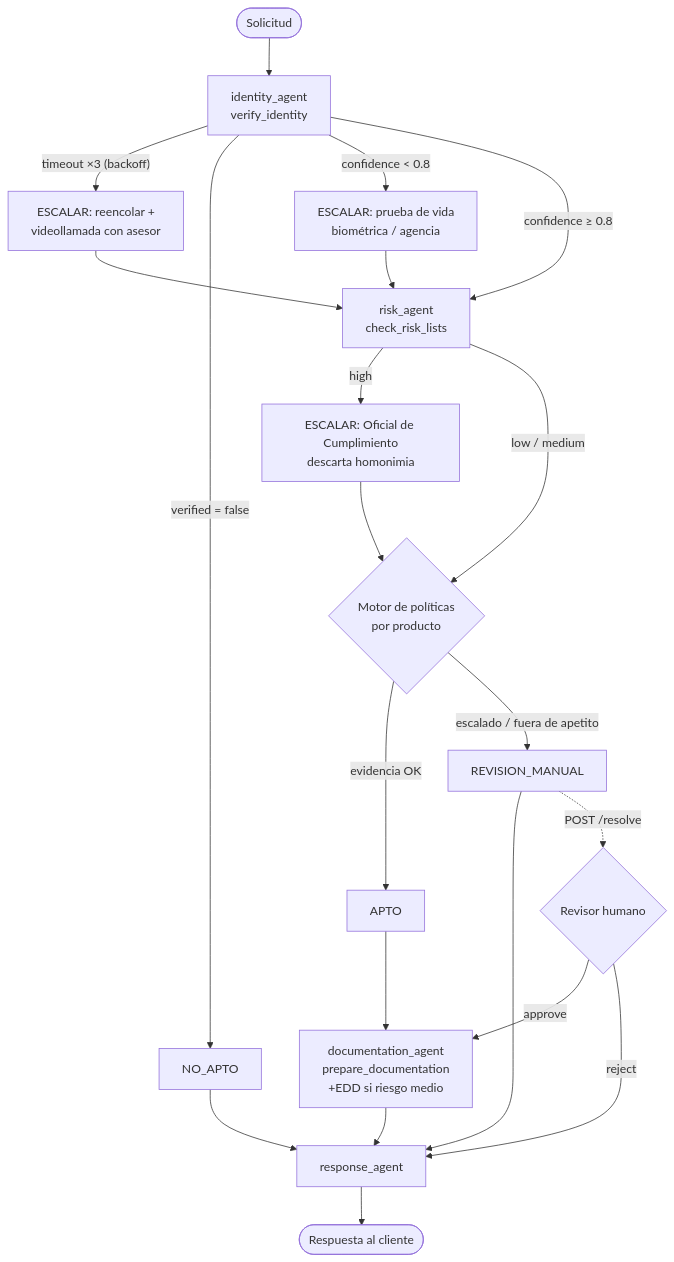
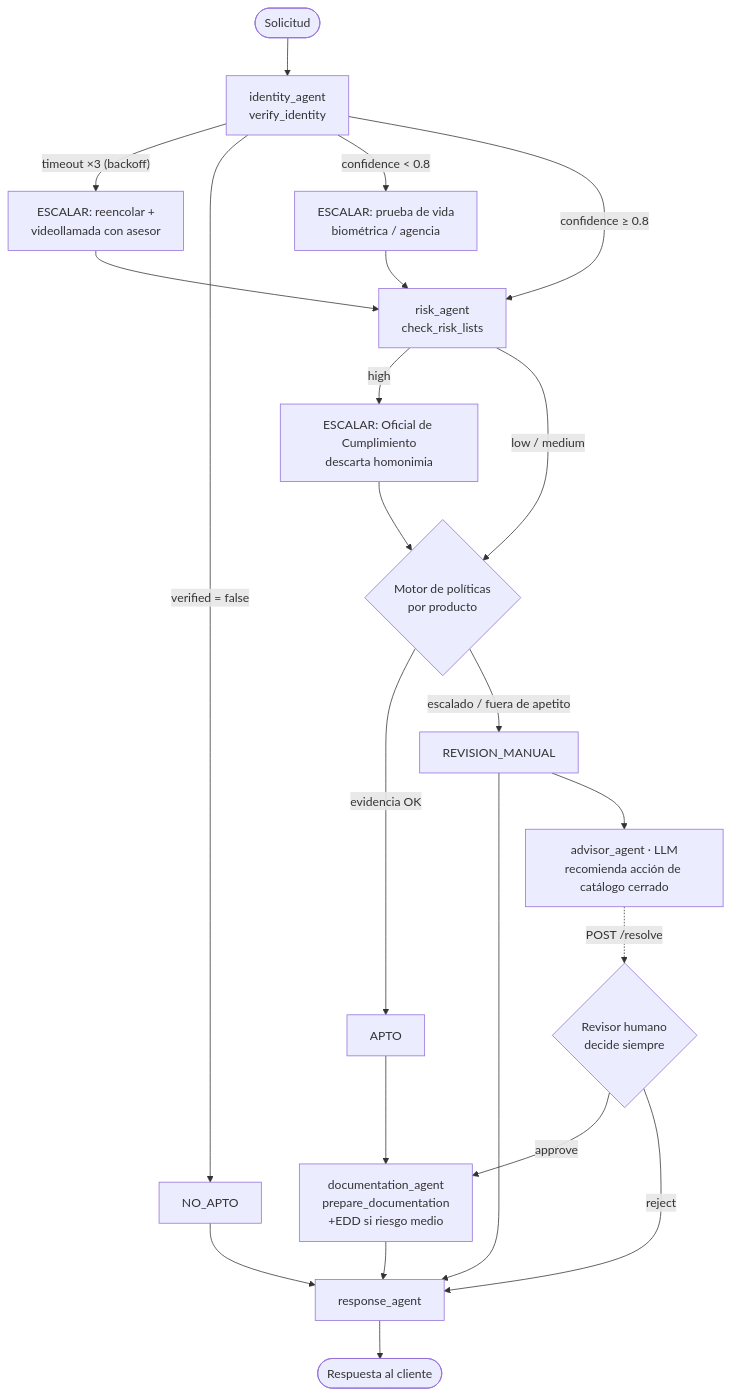
One commit to IGRA27/banco-pichincha changed the third of 5 diagrams in docs/ARCHITECTURE.md. Above: the diagram before and after it, drawn with Mermaid. The commit also changed other lines of this file and 18 other files, not shown here.

````diff
--- a/docs/ARCHITECTURE.md
+++ b/docs/ARCHITECTURE.md
@@ -70,23 +73,24 @@
 ```mermaid
 flowchart TD
     S([Solicitud]) --> V[identity_agent<br/>verify_identity]
     V -->|"timeout ×3 (backoff)"| E1["ESCALAR: reencolar +<br/>videollamada con asesor"]
     V -->|verified = false| NO[NO_APTO]
     V -->|confidence < 0.8| E2["ESCALAR: prueba de vida<br/>biométrica / agencia"]
     V -->|confidence ≥ 0.8| R
     E1 --> R
     E2 --> R
     R[risk_agent<br/>check_risk_lists] -->|high| E3["ESCALAR: Oficial de Cumplimiento<br/>descarta homonimia"]
     R -->|low / medium| P
     E3 --> P
     P{Motor de políticas<br/>por producto} -->|evidencia OK| APTO[APTO]
     P -->|escalado / fuera de apetito| REV[REVISION_MANUAL]
     APTO --> D[documentation_agent<br/>prepare_documentation<br/>+EDD si riesgo medio]
     D --> M[response_agent]
     NO --> M
     REV --> M
     M --> F([Respuesta al cliente])
-    REV -. "POST /resolve" .-> H{Revisor humano}
+    REV --> ADV["advisor_agent · LLM<br/>recomienda acción de catálogo cerrado"]
+    ADV -. "POST /resolve" .-> H{"Revisor humano<br/>decide siempre"}
     H -->|approve| D
     H -->|reject| M
 ```
````
